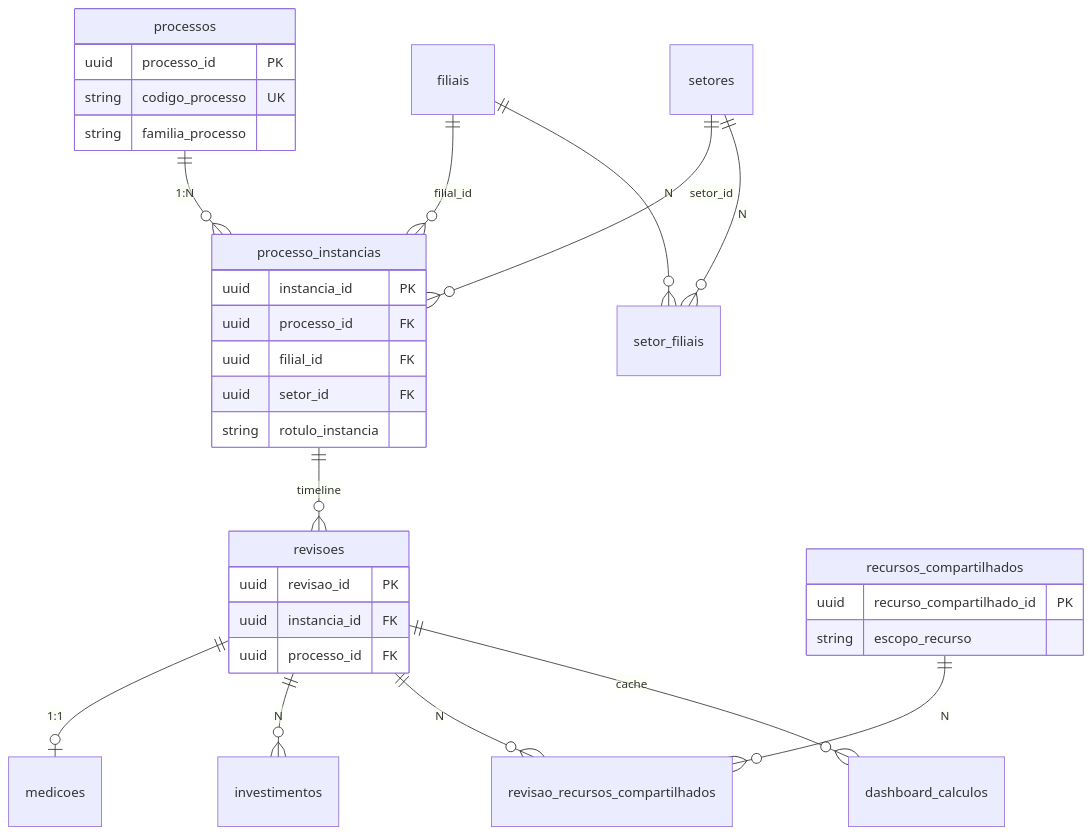
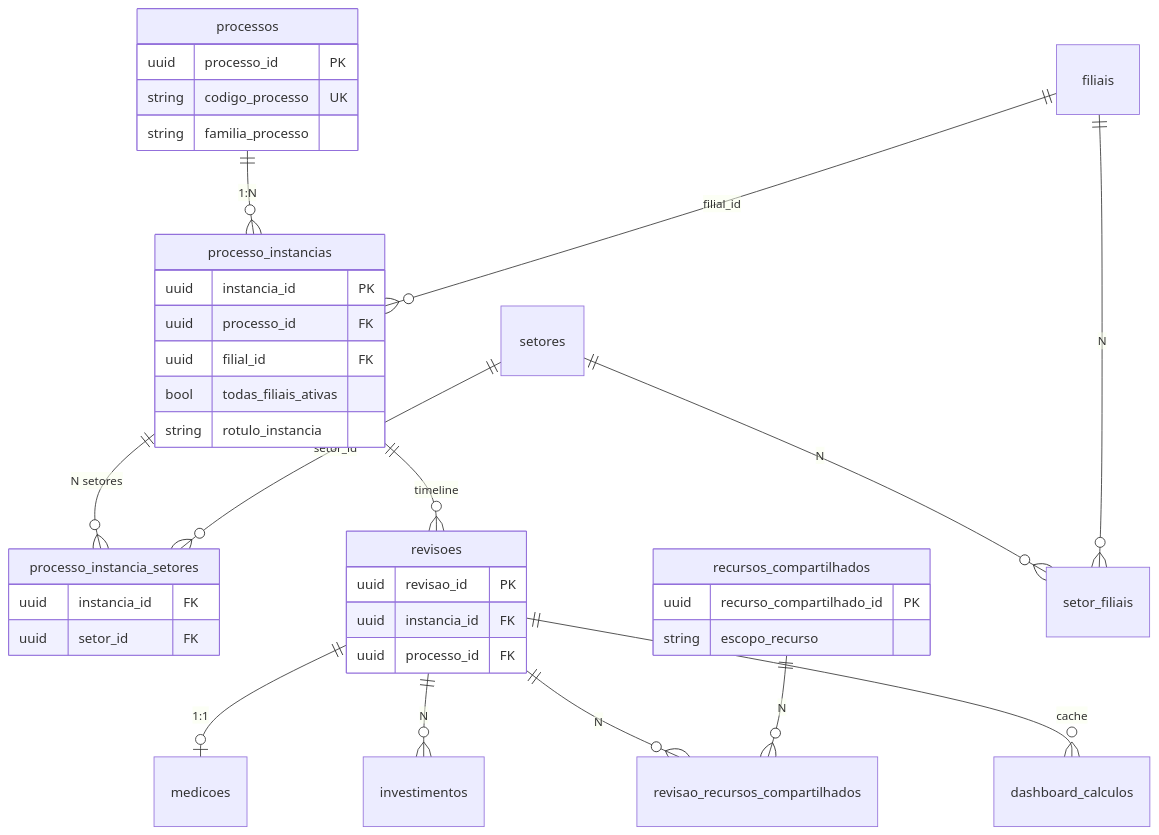
One commit to roberiooliveiradev/delpi-central changed the second of 2 diagrams in docs/12-roadmap-e-evolucao/transformometro-app/ARCHITECTURE.md. Above: the diagram before and after it, drawn with Mermaid. The commit also changed other lines of this file and 10 other files, not shown here.

````diff
--- a/docs/12-roadmap-e-evolucao/transformometro-app/ARCHITECTURE.md
+++ b/docs/12-roadmap-e-evolucao/transformometro-app/ARCHITECTURE.md
@@ -40,36 +40,41 @@
 ```mermaid
 erDiagram
   processos ||--o{ processo_instancias : "1:N"
   filiais ||--o{ processo_instancias : "filial_id"
-  setores ||--o{ processo_instancias : "setor_id"
+  processo_instancias ||--o{ processo_instancia_setores : "N setores"
+  setores ||--o{ processo_instancia_setores : "setor_id"
   processo_instancias ||--o{ revisoes : "timeline"
   revisoes ||--o| medicoes : "1:1"
   revisoes ||--o{ investimentos : "N"
   revisoes ||--o{ revisao_recursos_compartilhados : "N"
   recursos_compartilhados ||--o{ revisao_recursos_compartilhados : "N"
   revisoes ||--o{ dashboard_calculos : "cache"
   setores ||--o{ setor_filiais : "N"
   filiais ||--o{ setor_filiais : "N"
 
   processos {
     uuid processo_id PK
     string codigo_processo UK
     string familia_processo
   }
   processo_instancias {
     uuid instancia_id PK
     uuid processo_id FK
     uuid filial_id FK
+    bool todas_filiais_ativas
+    string rotulo_instancia
+  }
+  processo_instancia_setores {
+    uuid instancia_id FK
     uuid setor_id FK
-    string rotulo_instancia
   }
   revisoes {
     uuid revisao_id PK
     uuid instancia_id FK
     uuid processo_id FK
   }
   recursos_compartilhados {
     uuid recurso_compartilhado_id PK
     string escopo_recurso
   }
 ```
````
